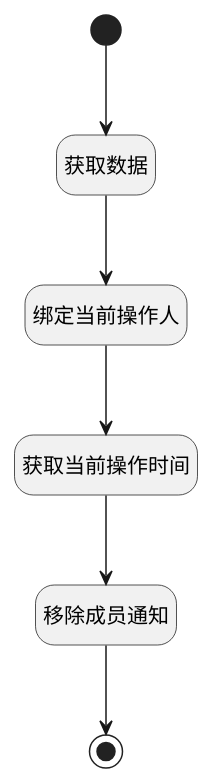
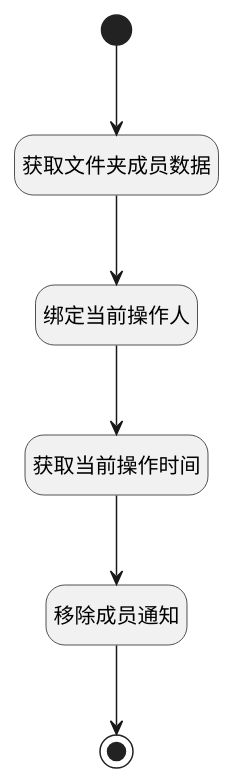
Before and after one commit to iBizLab/plm: the diagram in doc/docsify/module/Base/portfolio_member/logic/remove_project_set_member_notify.md, drawn with PlantUML. The commit also changed other lines of this file and 1778 other files, not shown here.

````diff
--- a/doc/docsify/module/Base/portfolio_member/logic/remove_project_set_member_notify.md
+++ b/doc/docsify/module/Base/portfolio_member/logic/remove_project_set_member_notify.md
@@ -7,27 +7,27 @@
 ```plantuml
 @startuml
 hide empty description
 <style>
 root {
   HyperlinkColor #42b983
 }
 </style>
 
 hide empty description
 state "开始" as Begin <<start>> [[$./remove_project_set_member_notify#begin {"开始"}]]
-state "获取数据" as DEACTION1  [[$./remove_project_set_member_notify#deaction1 {"获取数据"}]]
+state "获取文件夹成员数据" as DEACTION1  [[$./remove_project_set_member_notify#deaction1 {"获取文件夹成员数据"}]]
 state "绑定当前操作人" as PREPAREPARAM1  [[$./remove_project_set_member_notify#prepareparam1 {"绑定当前操作人"}]]
 state "获取当前操作时间" as RAWSFCODE1  [[$./remove_project_set_member_notify#rawsfcode1 {"获取当前操作时间"}]]
 state "移除成员通知" as DENOTIFY1  [[$./remove_project_set_member_notify#denotify1 {"移除成员通知"}]]
 state "结束" as END1 <<end>> [[$./remove_project_set_member_notify#end1 {"结束"}]]
 
 
 Begin --> DEACTION1
 DEACTION1 --> PREPAREPARAM1
 PREPAREPARAM1 --> RAWSFCODE1
 RAWSFCODE1 --> DENOTIFY1
 DENOTIFY1 --> END1
 
 
 @enduml
 ```
````
